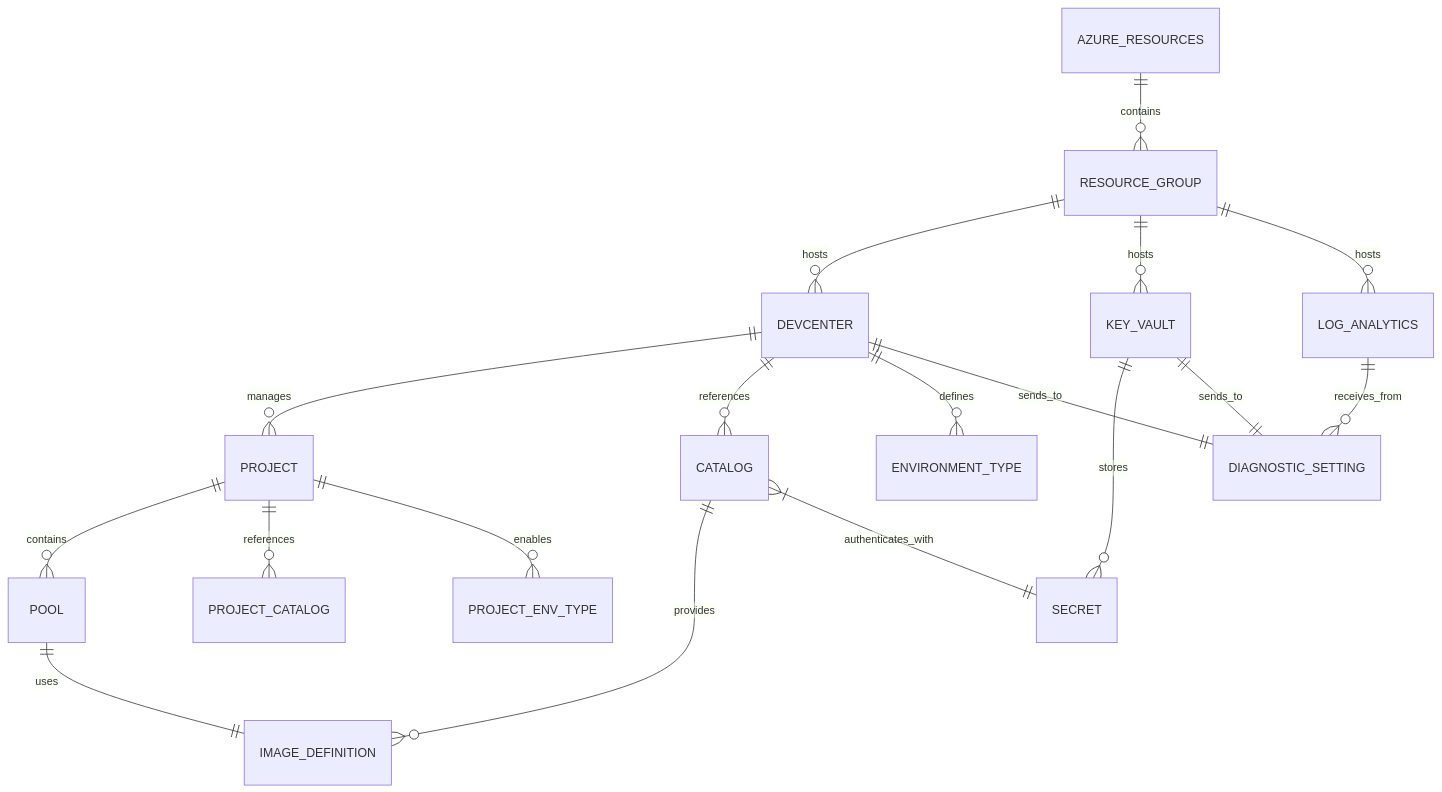
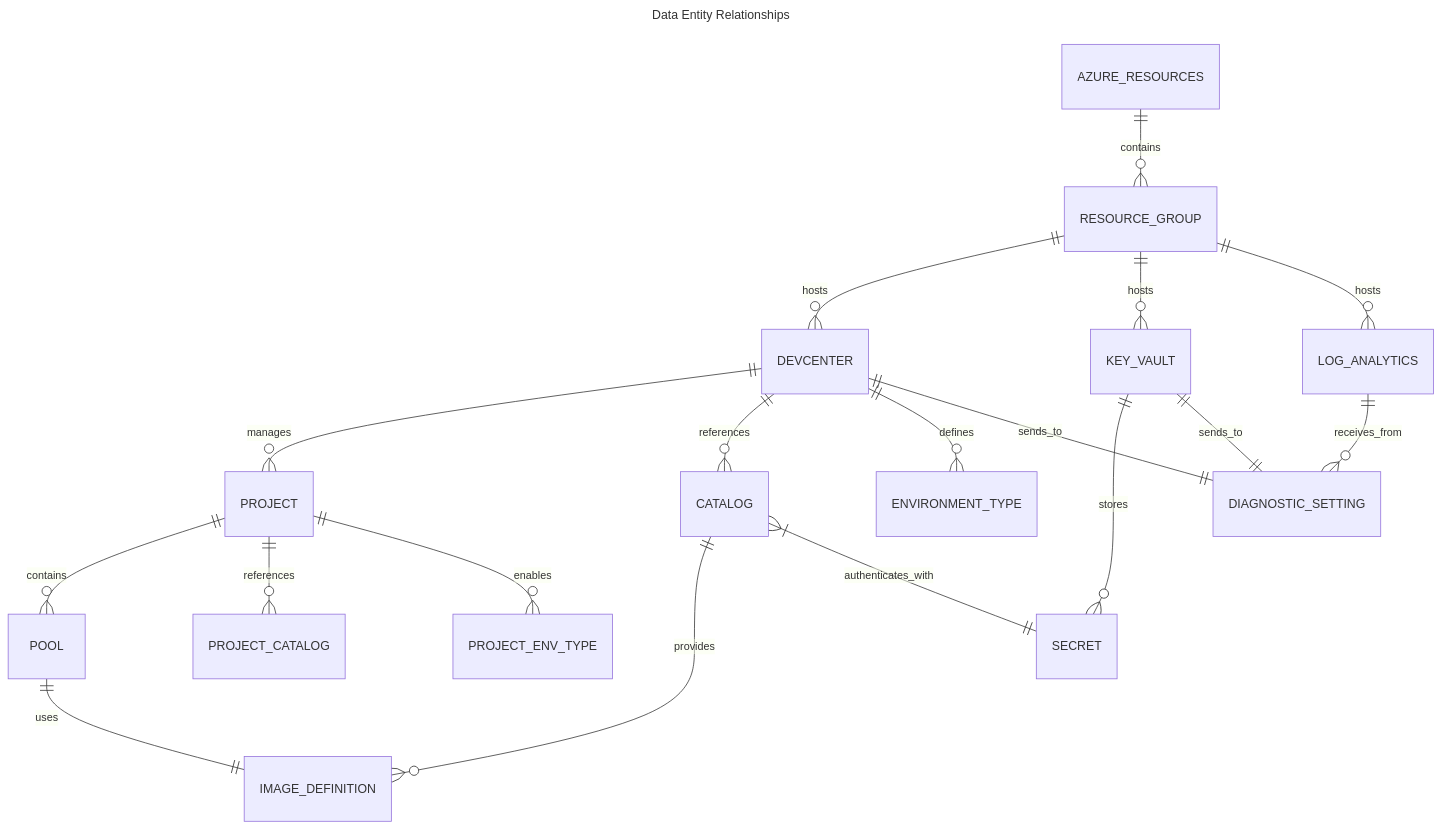
The first of 13 diagrams in docs/architecture/02-data-architecture.md (Evilazaro/DevExp-DevBox), drawn with Mermaid before and after one commit. The commit also changed other lines of this file, not shown here.

Commit message:
Refactor data architecture documentation to enhance clarity and detail in diagrams and relationships

````diff
--- a/docs/architecture/02-data-architecture.md
+++ b/docs/architecture/02-data-architecture.md
@@ -77,25 +77,28 @@
 ```mermaid
+---
+title: Data Entity Relationships
+---
 erDiagram
     AZURE_RESOURCES ||--o{ RESOURCE_GROUP : contains
     RESOURCE_GROUP ||--o{ DEVCENTER : hosts
     RESOURCE_GROUP ||--o{ KEY_VAULT : hosts
     RESOURCE_GROUP ||--o{ LOG_ANALYTICS : hosts
 
     DEVCENTER ||--o{ PROJECT : manages
     DEVCENTER ||--o{ CATALOG : references
     DEVCENTER ||--o{ ENVIRONMENT_TYPE : defines
 
     PROJECT ||--o{ POOL : contains
     PROJECT ||--o{ PROJECT_CATALOG : references
     PROJECT ||--o{ PROJECT_ENV_TYPE : enables
 
     POOL ||--|| IMAGE_DEFINITION : uses
     CATALOG ||--o{ IMAGE_DEFINITION : provides
 
     KEY_VAULT ||--o{ SECRET : stores
     CATALOG }|--|| SECRET : authenticates_with
 
     LOG_ANALYTICS ||--o{ DIAGNOSTIC_SETTING : receives_from
     DEVCENTER ||--|| DIAGNOSTIC_SETTING : sends_to
     KEY_VAULT ||--|| DIAGNOSTIC_SETTING : sends_to
 ```
````
